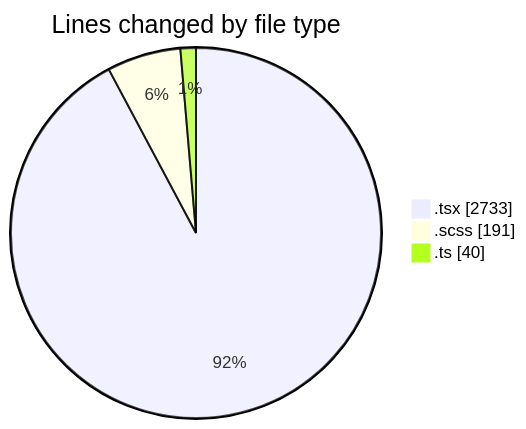
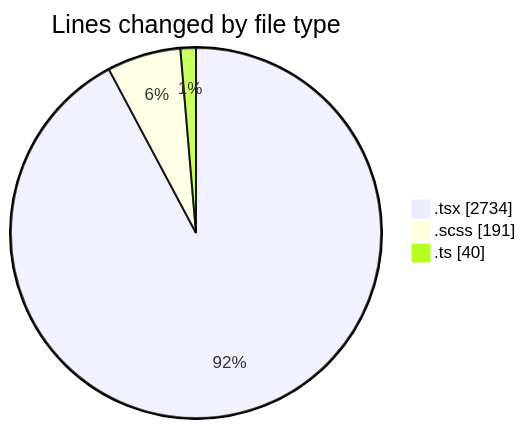
One commit to momahboobian/code-tracking changed the first of 2 diagrams in 2025-04-04/cda/README.md. Above: the diagram before and after it, drawn with Mermaid. The commit also changed other lines of this file and 1 other file, not shown here.

````diff
--- a/2025-04-04/cda/README.md
+++ b/2025-04-04/cda/README.md
@@ -32,7 +32,7 @@
 ```mermaid
 pie showData
 title Lines changed by file type
-".tsx" : 2733
+".tsx" : 2734
 ".scss" : 191
 ".ts" : 40
 ```
````
